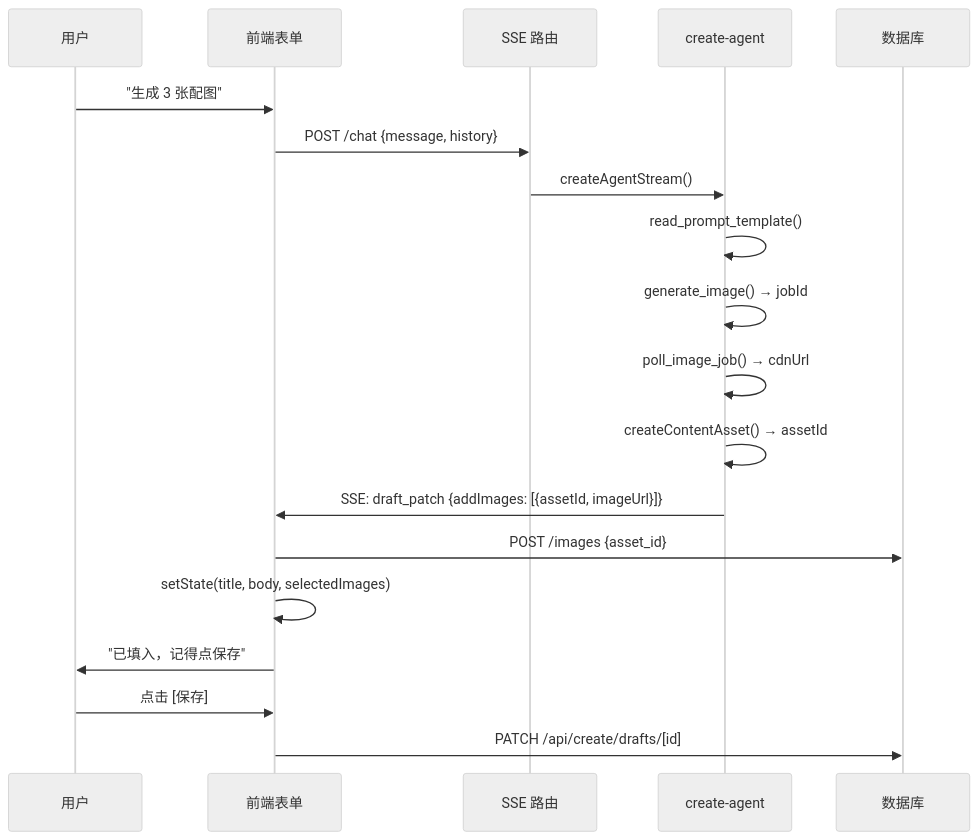
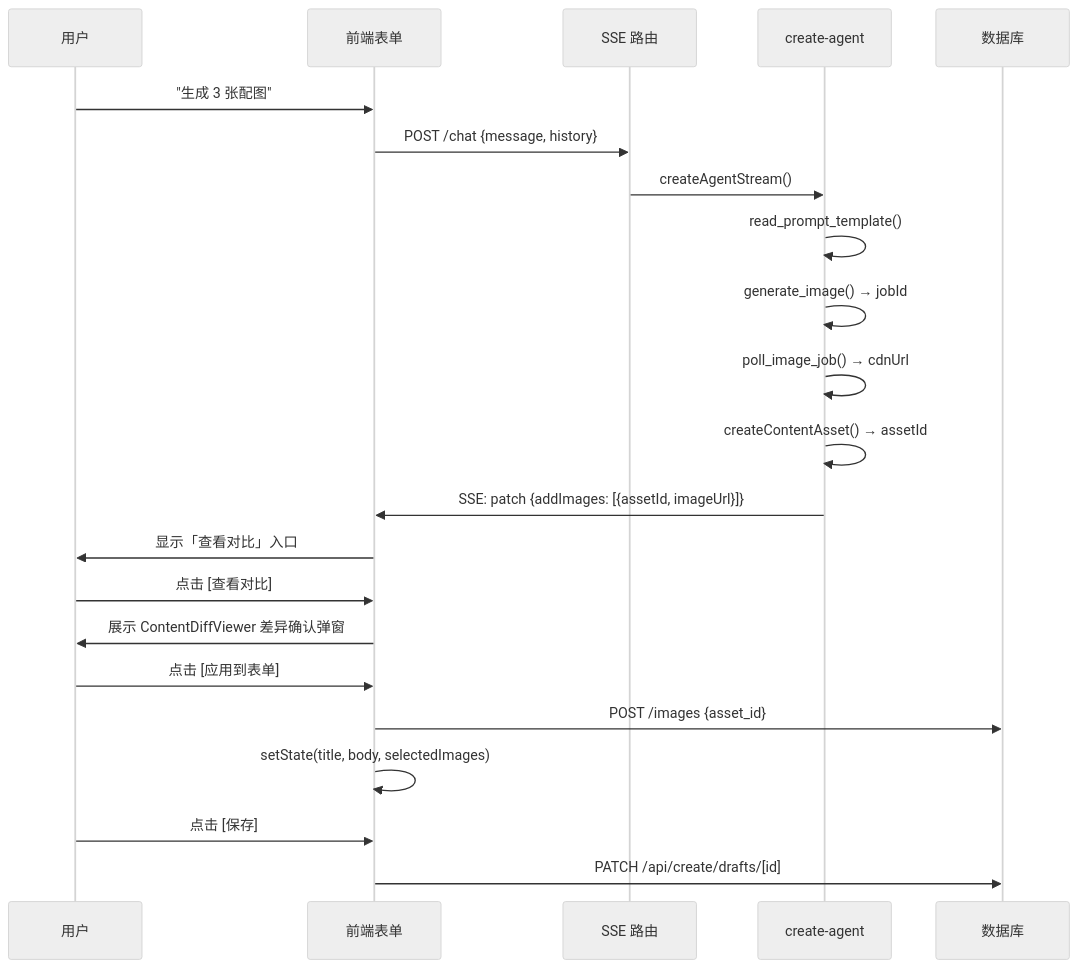
The diagram in docs/designs/ai/create-agent.md (NNNNzs/react.nnnnzs.cn), drawn with Mermaid (neutral theme) before and after one commit. The commit also changed other lines of this file and 18 other files, not shown here.

````diff
--- a/docs/designs/ai/create-agent.md
+++ b/docs/designs/ai/create-agent.md
@@ -44,22 +44,25 @@
 ```mermaid
 sequenceDiagram
     participant U as 用户
     participant FE as 前端表单
     participant API as SSE 路由
     participant Agent as create-agent
     participant DB as 数据库
 
     U->>FE: "生成 3 张配图"
     FE->>API: POST /chat {message, history}
     API->>Agent: createAgentStream()
     Agent->>Agent: read_prompt_template()
     Agent->>Agent: generate_image() → jobId
     Agent->>Agent: poll_image_job() → cdnUrl
     Agent->>Agent: createContentAsset() → assetId
-    Agent->>FE: SSE: draft_patch {addImages: [{assetId, imageUrl}]}
+    Agent->>FE: SSE: patch {addImages: [{assetId, imageUrl}]}
+    FE->>U: 显示「查看对比」入口
+    U->>FE: 点击 [查看对比]
+    FE->>U: 展示 ContentDiffViewer 差异确认弹窗
+    U->>FE: 点击 [应用到表单]
     FE->>DB: POST /images {asset_id}
     FE->>FE: setState(title, body, selectedImages)
-    FE->>U: "已填入，记得点保存"
     U->>FE: 点击 [保存]
     FE->>DB: PATCH /api/create/drafts/[id]
 ```
````
